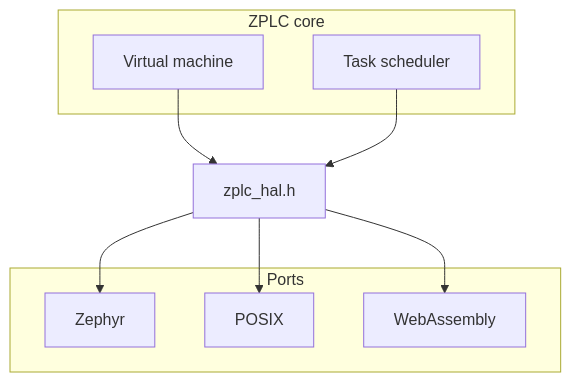
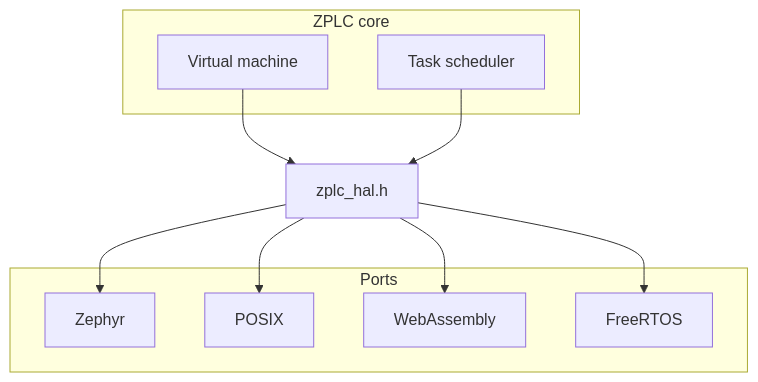
Before and after one commit to eduardojvieira/ZPLC: the diagram in docs/docs/runtime/hal.md, drawn with Mermaid. The commit also changed other lines of this file and 7 other files, not shown here.

First line of the commit message:
docs(runtime): document the FreeRTOS port and its conformance leg

````diff
--- a/docs/docs/runtime/hal.md
+++ b/docs/docs/runtime/hal.md
@@ -15,21 +15,23 @@
 ```mermaid
 graph TB
     subgraph "ZPLC core"
         VM[Virtual machine]
         Scheduler[Task scheduler]
     end
 
     HAL[zplc_hal.h]
 
     subgraph "Ports"
         Zephyr[Zephyr]
         POSIX[POSIX]
         WASM[WebAssembly]
+        FreeRTOS[FreeRTOS]
     end
 
     VM --> HAL
     Scheduler --> HAL
     HAL --> Zephyr
     HAL --> POSIX
     HAL --> WASM
+    HAL --> FreeRTOS
 ```
````
